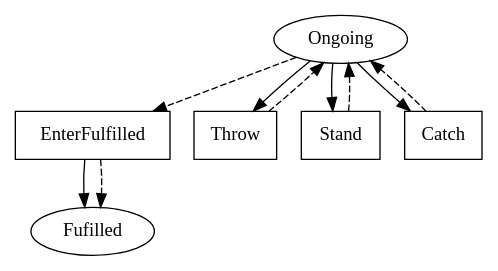
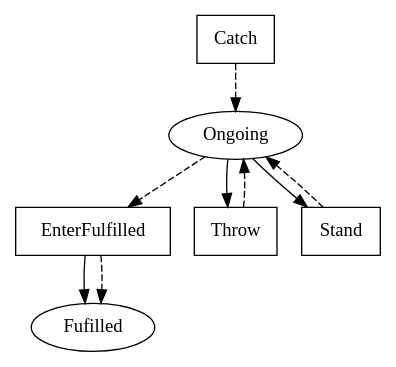
The diagram in linear_state_machine_language/pyL4/examples_graphviz_out/toy_and_teaching/minimal_future-actions.dot (Marcao02/complaw-deeptech), drawn with Graphviz before and after one commit. The commit also changed 37 other files, not shown here.

```diff
--- a/linear_state_machine_language/pyL4/examples_graphviz_out/toy_and_teaching/minimal_future-actions.dot
+++ b/linear_state_machine_language/pyL4/examples_graphviz_out/toy_and_teaching/minimal_future-actions.dot
@@ -1,27 +1,26 @@
 // THIS IS A GENERATED FILE. DO NOT EDIT.
 
 digraph test_contract_for_must_later {    
     Fulfilled[label=Fufilled];
     Ongoing[label=Ongoing]
     
     EnterFulfilled[label=EnterFufilled,shape=box]; 
     Throw[label=Throw,shape=box];
 	Stand[label=Stand,shape=box];
 	Catch[label=Catch,shape=box];
 	EnterFulfilled[label=EnterFulfilled,shape=box]    
     
     EnterFulfilled -> Fulfilled;
     
     Ongoing -> Throw;
 	Ongoing -> Stand;
-	Ongoing -> Catch;
 	Ongoing -> EnterFulfilled [style=dashed]
     
     Throw -> Ongoing [style=dashed];
 	Stand -> Ongoing [style=dashed];
 	Catch -> Ongoing [style=dashed];
 	EnterFulfilled -> Fulfilled [style=dashed];
 	     
     
        
 }
```
